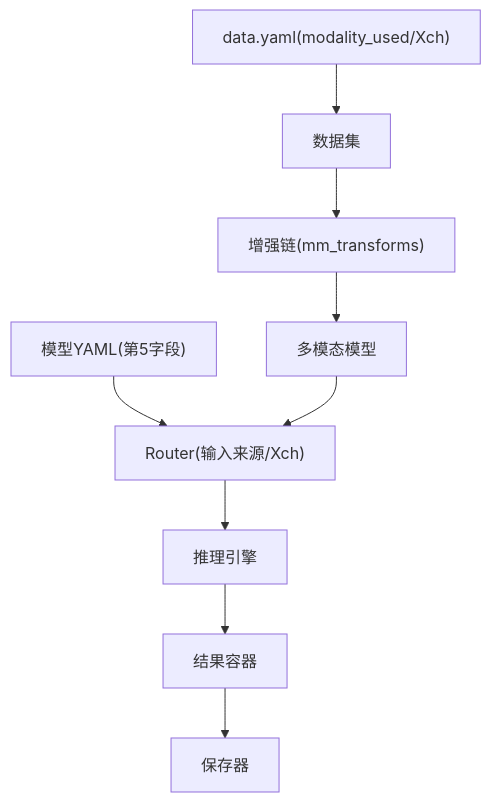
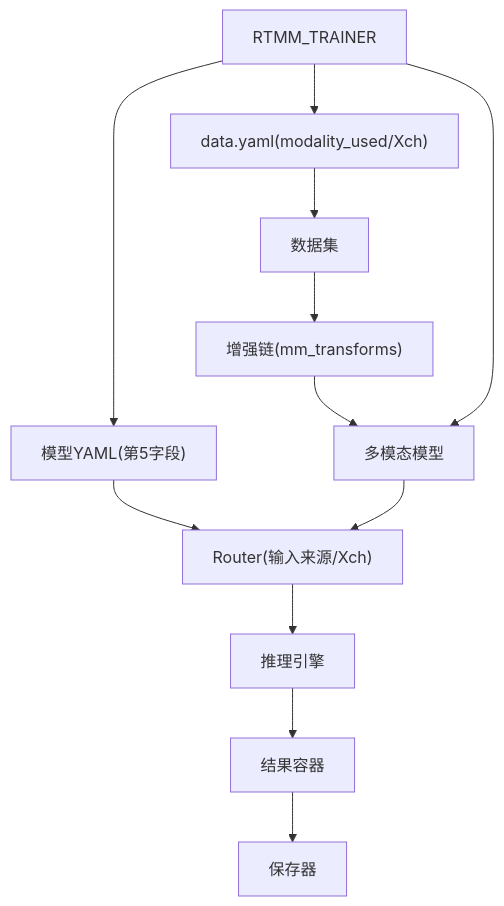
One commit to 2208754827/MM-IMPROVE changed the ninth of 9 diagrams in .qoder/repowiki/zh/content/模型配置与管理/训练配置管理/多模态训练配置.md. Above: the diagram before and after it, drawn with Mermaid. The commit also changed other lines of this file and 202 other files, not shown here.

````diff
--- a/.qoder/repowiki/zh/content/模型配置与管理/训练配置管理/多模态训练配置.md
+++ b/.qoder/repowiki/zh/content/模型配置与管理/训练配置管理/多模态训练配置.md
@@ -323,11 +417,14 @@
 ```mermaid
 graph TB
 YAML["模型YAML(第5字段)"] --> ROUTER["Router(输入来源/Xch)"]
 DATA["data.yaml(modality_used/Xch)"] --> DS["数据集"]
 DS --> AUG["增强链(mm_transforms)"]
 AUG --> MODEL["多模态模型"]
 MODEL --> ROUTER
 ROUTER --> INFERENCE["推理引擎"]
 INFERENCE --> RESULTS["结果容器"]
 RESULTS --> SAVE["保存器"]
+RTMM_TRAINER --> YAML
+RTMM_TRAINER --> DATA
+RTMM_TRAINER --> MODEL
 ```
````
